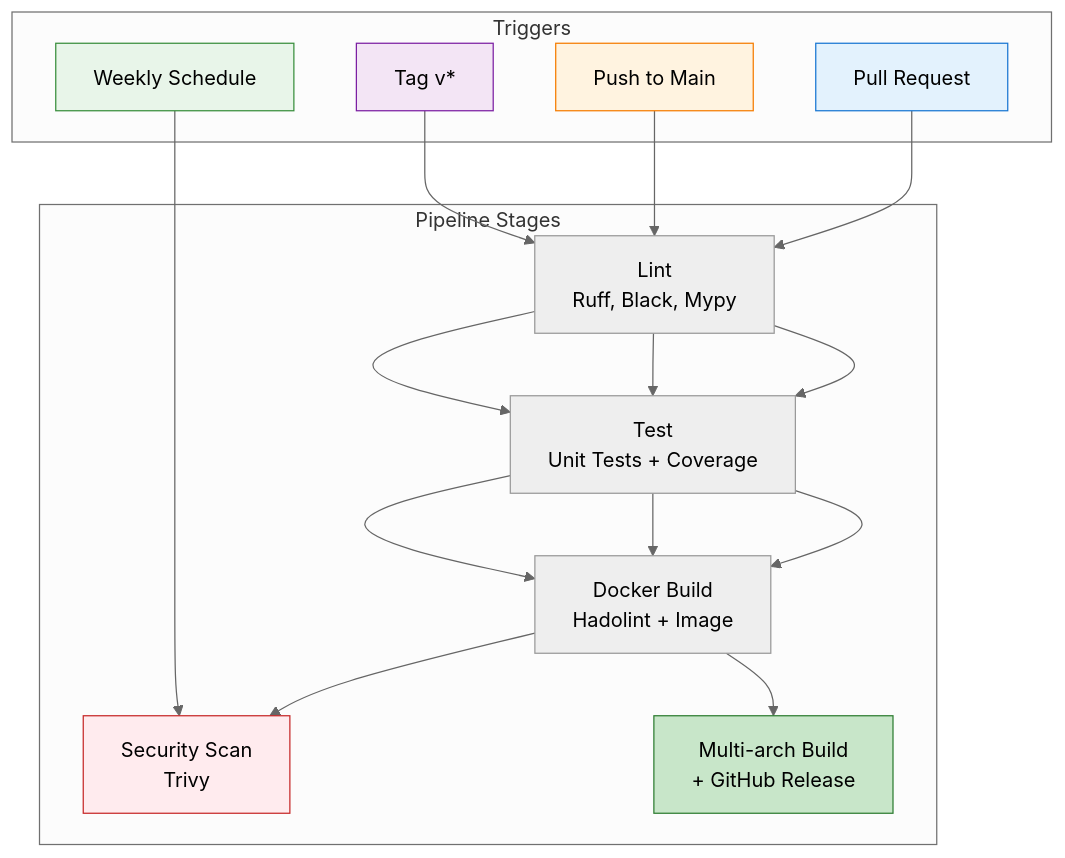
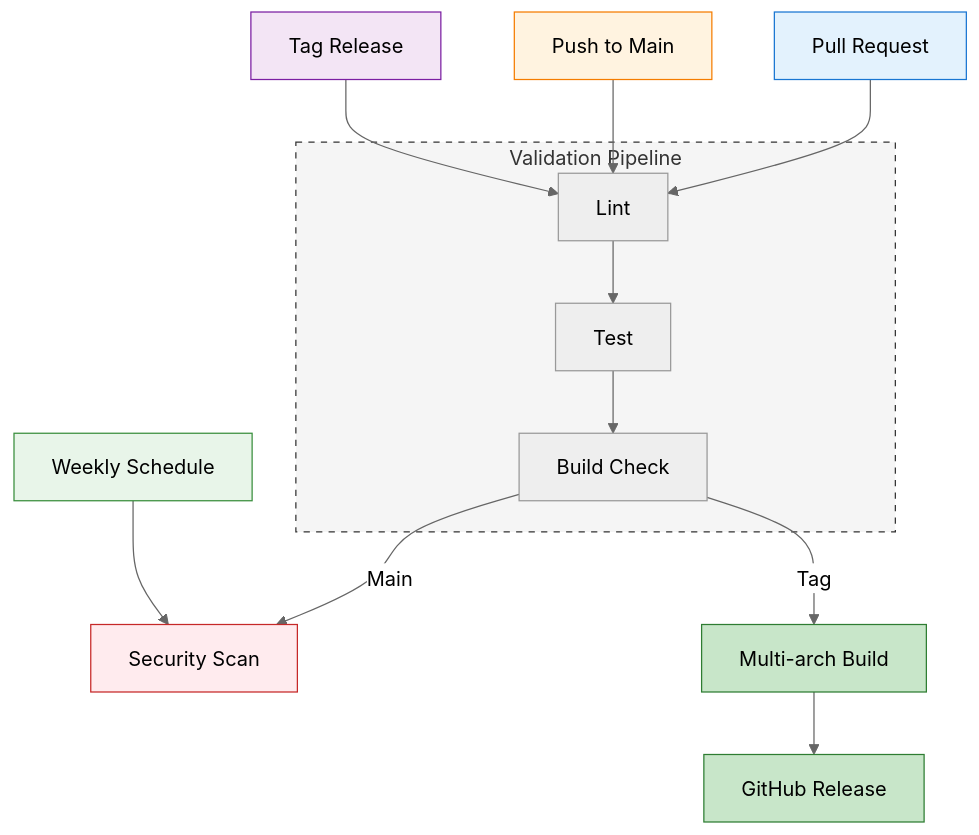
Before and after one commit to jhomen368/web-to-openwebui: the diagram in .github/workflows/README.md, drawn with Mermaid (neutral theme).

Commit message:
docs(workflows): refine ci/cd pipeline visualization diagram

````diff
--- a/.github/workflows/README.md
+++ b/.github/workflows/README.md
@@ -7,29 +7,40 @@
 ```mermaid
-graph TB
-    subgraph "Triggers"
-        PR[Pull Request]
-        MAIN[Push to Main]
-        TAG[Tag v*]
-        WEEKLY[Weekly Schedule]
+graph TD
+    %% Triggers
+    PR[Pull Request]
+    MAIN[Push to Main]
+    TAG[Tag Release]
+    WEEKLY[Weekly Schedule]
+
+    %% Common Pipeline
+    subgraph Validation["Validation Pipeline"]
+        LINT[Lint] --> TEST[Test] --> BUILD[Build Check]
     end
+
+    %% Branching Actions
+    SCAN[Security Scan]
+    PUBLISH[Multi-arch Build] --> RELEASE[GitHub Release]
+
+    %% Connections
+    PR --> LINT
+    MAIN --> LINT
+    TAG --> LINT
     
-    subgraph "Pipeline Stages"
-        LINT[Lint<br/>Ruff, Black, Mypy]
-        TEST[Test<br/>Unit Tests + Coverage]
-        BUILD[Docker Build<br/>Hadolint + Image]
-        SCAN[Security Scan<br/>Trivy]
-        RELEASE[Multi-arch Build<br/>+ GitHub Release]
-    end
+    %% Divergence
+    BUILD -- Main --> SCAN
+    BUILD -- Tag --> PUBLISH
     
-    PR --> LINT --> TEST --> BUILD
-    MAIN --> LINT --> TEST --> BUILD --> SCAN
-    TAG --> LINT --> TEST --> BUILD --> RELEASE
+    %% Independent
     WEEKLY --> SCAN
-    
+
+    %% Styling
     style PR fill:#e3f2fd,stroke:#1976d2
     style MAIN fill:#fff3e0,stroke:#f57c00
     style TAG fill:#f3e5f5,stroke:#7b1fa2
     style WEEKLY fill:#e8f5e9,stroke:#388e3c
+    
+    style Validation fill:#f5f5f5,stroke:#333,stroke-dasharray: 5 5
     style SCAN fill:#ffebee,stroke:#c62828
+    style PUBLISH fill:#c8e6c9,stroke:#2e7d32
     style RELEASE fill:#c8e6c9,stroke:#2e7d32
 ```
````
